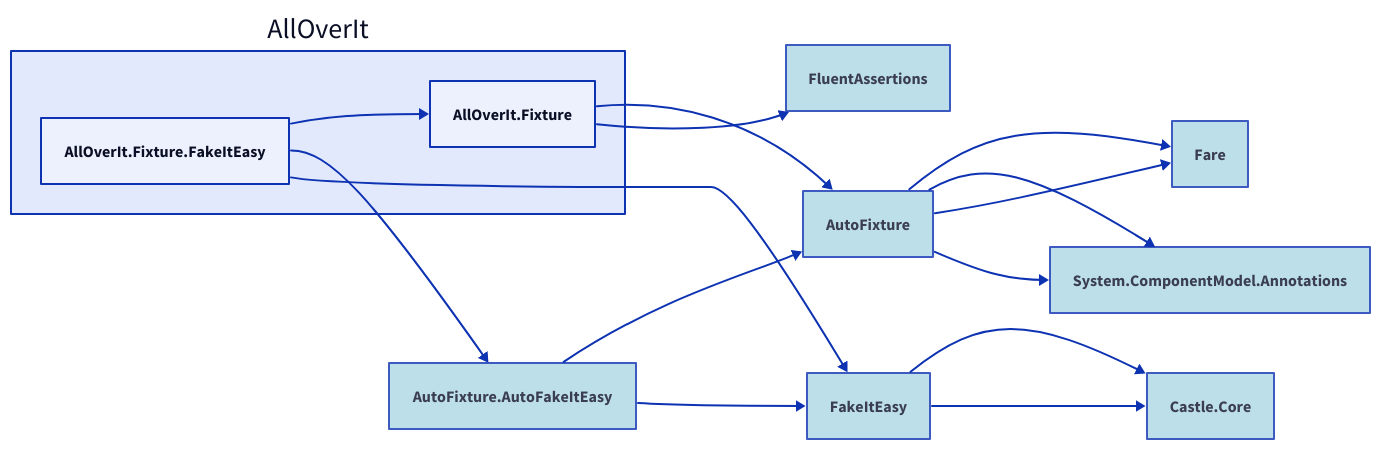
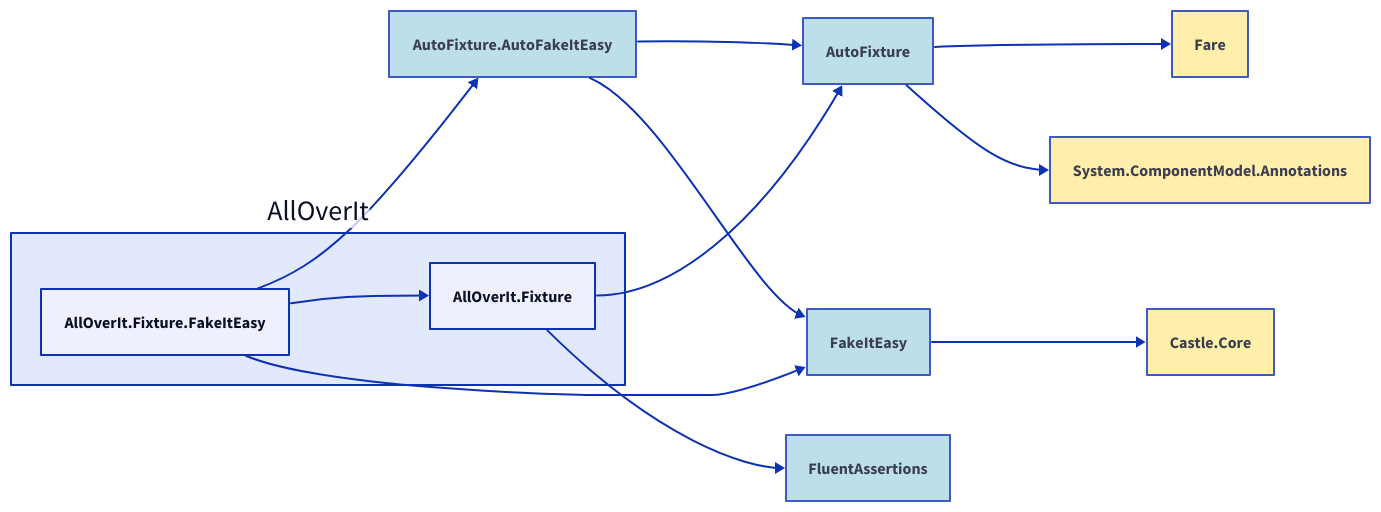
The diagram in Docs/Dependencies/alloverit-fixture-fakeiteasy.d2 (nickathone/AllOverIt), drawn with D2 before and after one commit. The commit also changed 71 other files, not shown here.

Commit message:
Dependency diagram updates

```diff
--- a/Docs/Dependencies/alloverit-fixture-fakeiteasy.d2
+++ b/Docs/Dependencies/alloverit-fixture-fakeiteasy.d2
@@ -1,40 +1,36 @@
 direction: right
 
 aoi: AllOverIt
 aoi.alloverit-fixture-fakeiteasy: AllOverIt.Fixture.FakeItEasy
-aoi.alloverit-fixture: AllOverIt.Fixture
+autofixture-autofakeiteasy: AutoFixture.AutoFakeItEasy
+autofixture-autofakeiteasy.style.fill: "#ADD8E6"
+autofixture-autofakeiteasy.style.opacity: 0.8
 autofixture: AutoFixture
-autofixture.style.fill: lightblue
+autofixture.style.fill: "#ADD8E6"
 autofixture.style.opacity: 0.8
-fare: Fare
-fare.style.fill: lightblue
-fare.style.opacity: 0.8
-system-componentmodel-annotations: System.ComponentModel.Annotations
-system-componentmodel-annotations.style.fill: lightblue
-system-componentmodel-annotations.style.opacity: 0.8
-fluentassertions: FluentAssertions
-fluentassertions.style.fill: lightblue
-fluentassertions.style.opacity: 0.8
-autofixture-autofakeiteasy: AutoFixture.AutoFakeItEasy
-autofixture-autofakeiteasy.style.fill: lightblue
-autofixture-autofakeiteasy.style.opacity: 0.8
+autofixture <- autofixture-autofakeiteasy
 fakeiteasy: FakeItEasy
-fakeiteasy.style.fill: lightblue
+fakeiteasy.style.fill: "#ADD8E6"
 fakeiteasy.style.opacity: 0.8
+fakeiteasy <- autofixture-autofakeiteasy
+autofixture-autofakeiteasy <- aoi.alloverit-fixture-fakeiteasy
 castle-core: Castle.Core
-castle-core.style.fill: lightblue
+castle-core.style.fill: "#FFEC96"
 castle-core.style.opacity: 0.8
-
-aoi.alloverit-fixture <- aoi.alloverit-fixture-fakeiteasy
-autofixture <- aoi.alloverit-fixture
-fare <- autofixture
-system-componentmodel-annotations <- autofixture
-fluentassertions <- aoi.alloverit-fixture
-autofixture-autofakeiteasy <- aoi.alloverit-fixture-fakeiteasy
-autofixture <- autofixture-autofakeiteasy
-fare <- autofixture
-system-componentmodel-annotations <- autofixture
-fakeiteasy <- autofixture-autofakeiteasy
 castle-core <- fakeiteasy
 fakeiteasy <- aoi.alloverit-fixture-fakeiteasy
-castle-core <- fakeiteasy
+aoi.alloverit-fixture: AllOverIt.Fixture
+fare: Fare
+fare.style.fill: "#FFEC96"
+fare.style.opacity: 0.8
+fare <- autofixture
+system-componentmodel-annotations: System.ComponentModel.Annotations
+system-componentmodel-annotations.style.fill: "#FFEC96"
+system-componentmodel-annotations.style.opacity: 0.8
+system-componentmodel-annotations <- autofixture
+autofixture <- aoi.alloverit-fixture
+fluentassertions: FluentAssertions
+fluentassertions.style.fill: "#ADD8E6"
+fluentassertions.style.opacity: 0.8
+fluentassertions <- aoi.alloverit-fixture
+aoi.alloverit-fixture <- aoi.alloverit-fixture-fakeiteasy
```
